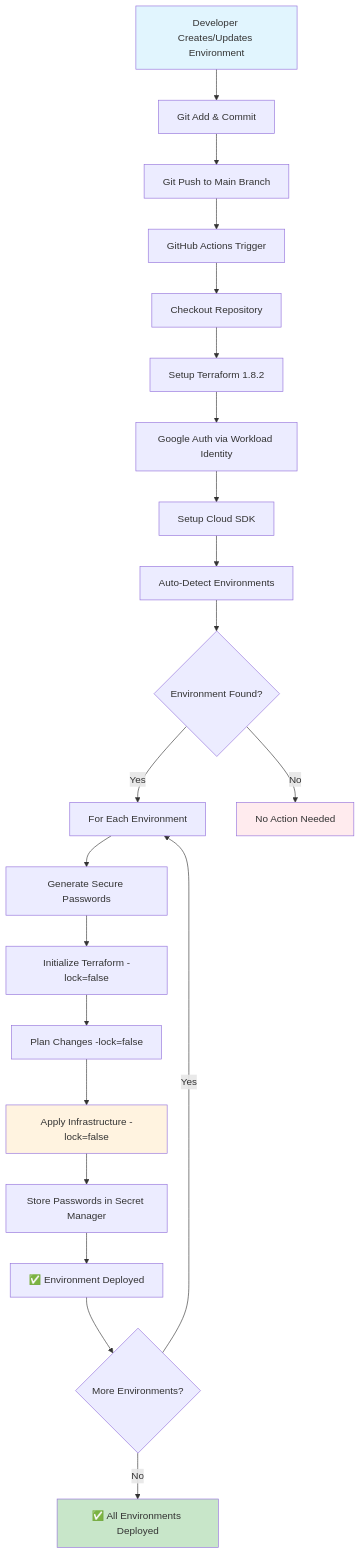
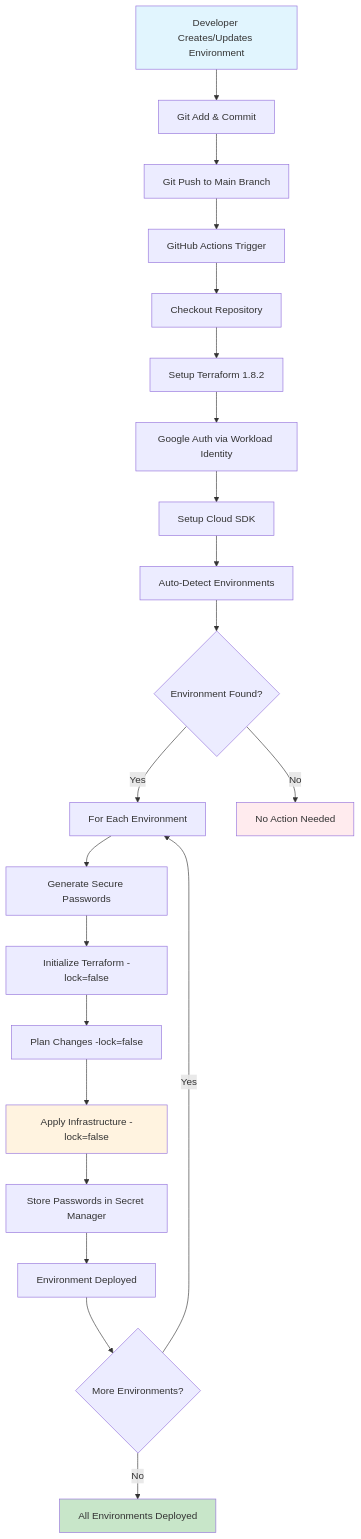
The second of 10 diagrams in SYSTEM_OVERVIEW.md (paraskanwarit/das-l4-infra-np), drawn with Mermaid before and after one commit. The commit also changed other lines of this file and 10 other files, not shown here.

````diff
--- a/SYSTEM_OVERVIEW.md
+++ b/SYSTEM_OVERVIEW.md
@@ -43,28 +43,28 @@
 ```mermaid
 graph TD
     A[Developer Creates/Updates Environment] --> B[Git Add & Commit]
     B --> C[Git Push to Main Branch]
     C --> D[GitHub Actions Trigger]
     D --> E[Checkout Repository]
     E --> F[Setup Terraform 1.8.2]
     F --> G[Google Auth via Workload Identity]
     G --> H[Setup Cloud SDK]
     H --> I[Auto-Detect Environments]
     I --> J{Environment Found?}
     J -->|Yes| K[For Each Environment]
     J -->|No| Z[No Action Needed]
     K --> L[Generate Secure Passwords]
     L --> M[Initialize Terraform -lock=false]
     M --> N[Plan Changes -lock=false]
     N --> O[Apply Infrastructure -lock=false]
     O --> P[Store Passwords in Secret Manager]
-    P --> Q[✅ Environment Deployed]
+    P --> Q[ Environment Deployed]
     Q --> R{More Environments?}
     R -->|Yes| K
-    R -->|No| S[✅ All Environments Deployed]
+    R -->|No| S[ All Environments Deployed]
     
     style A fill:#e1f5fe
     style S fill:#c8e6c9
     style O fill:#fff3e0
     style Z fill:#ffebee
 ```
````
